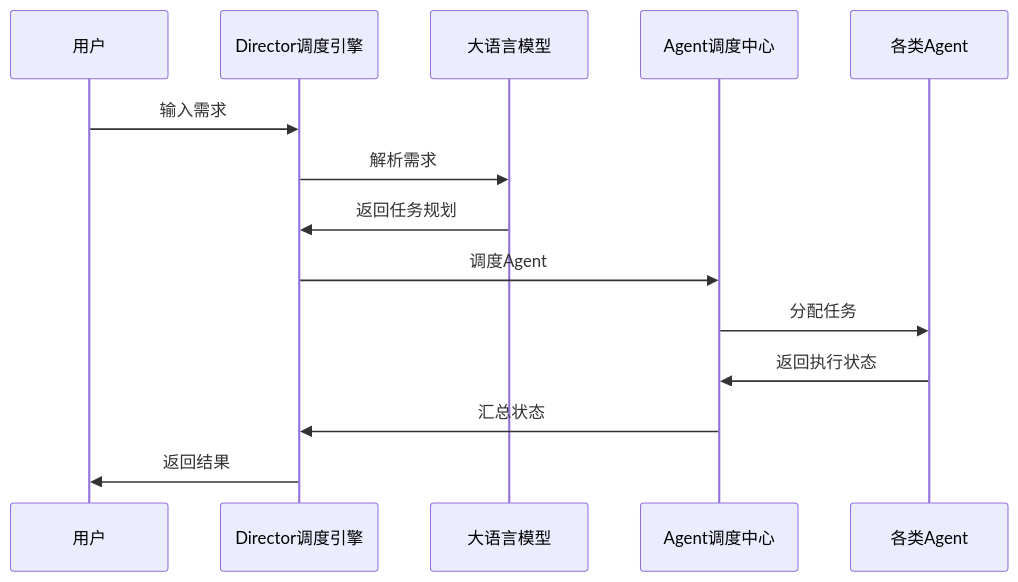
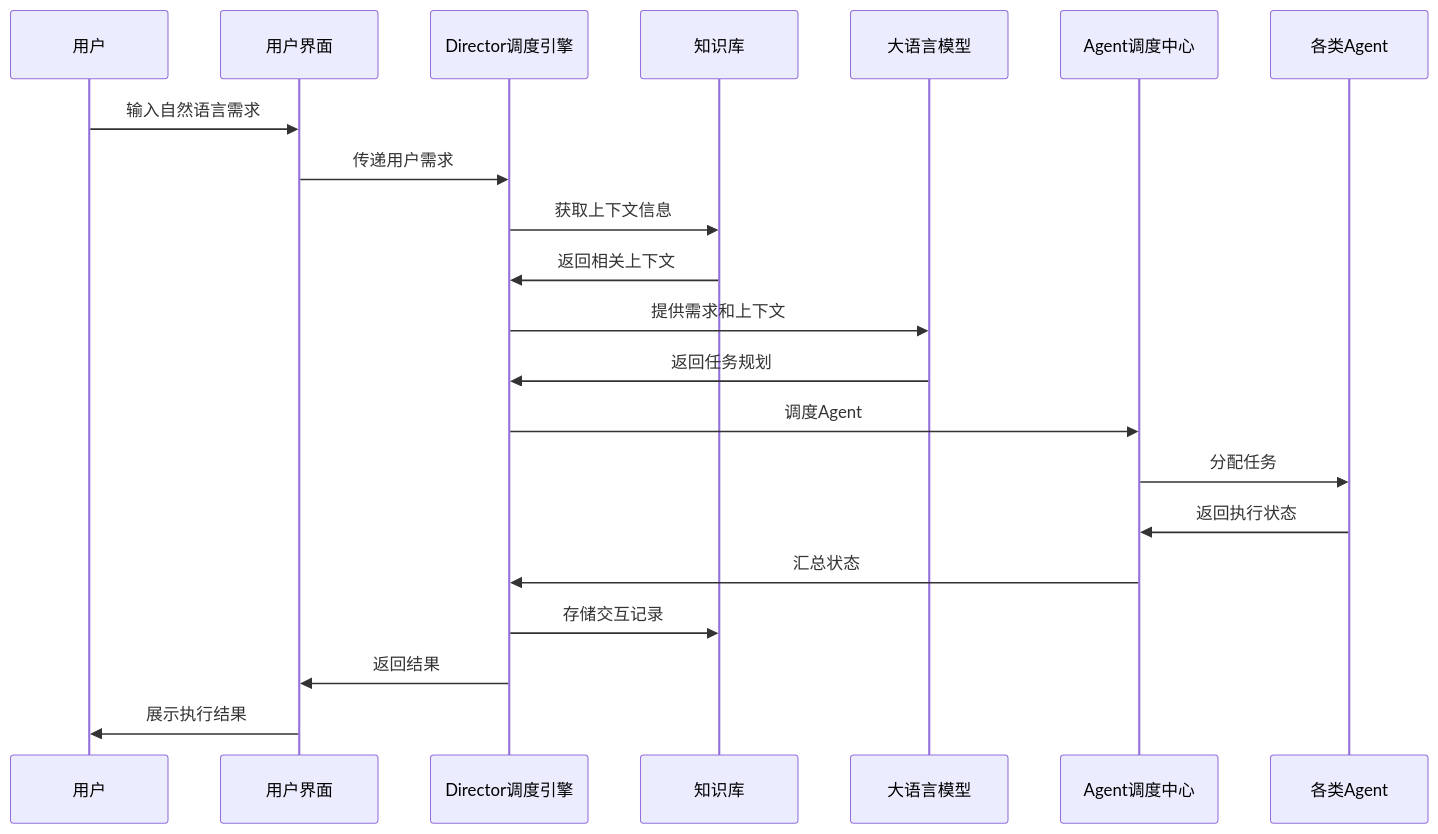
The third of 4 diagrams in docs_ProductDesign/BusinessProcessFlow.md (lornshrimp/Lorn.OpenAgenticAI), drawn with Mermaid before and after one commit. The commit also changed other lines of this file and 8 other files, not shown here.

````diff
--- a/docs_ProductDesign/BusinessProcessFlow.md
+++ b/docs_ProductDesign/BusinessProcessFlow.md
@@ -18,17 +46,24 @@
 ```mermaid
 sequenceDiagram
     participant User as 用户
+    participant UI as 用户界面
     participant Director as Director调度引擎
+    participant KB as 知识库
     participant LLM as 大语言模型
     participant AgentHub as Agent调度中心
     participant Agent as 各类Agent
 
-    User->>Director: 输入需求
-    Director->>LLM: 解析需求
+    User->>UI: 输入自然语言需求
+    UI->>Director: 传递用户需求
+    Director->>KB: 获取上下文信息
+    KB->>Director: 返回相关上下文
+    Director->>LLM: 提供需求和上下文
     LLM->>Director: 返回任务规划
     Director->>AgentHub: 调度Agent
     AgentHub->>Agent: 分配任务
     Agent->>AgentHub: 返回执行状态
     AgentHub->>Director: 汇总状态
-    Director->>User: 返回结果
+    Director->>KB: 存储交互记录
+    Director->>UI: 返回结果
+    UI->>User: 展示执行结果
 ```
````
